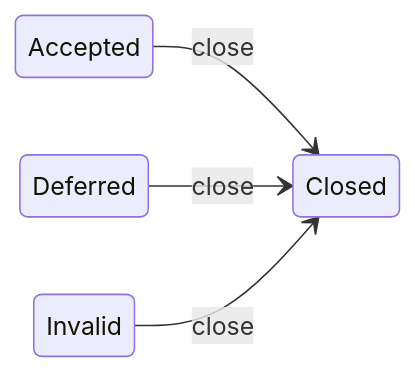
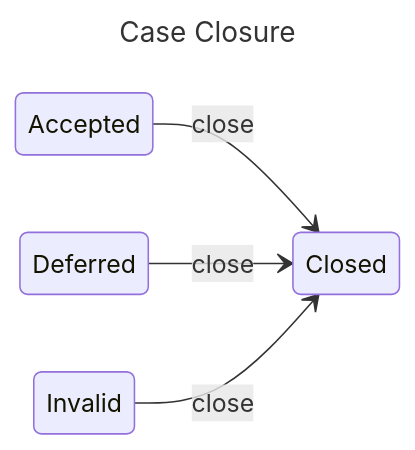
One commit to CERTCC/Vultron changed the fifth of 5 diagrams in docs/process_models/rm/index.md. Above: the diagram before and after it, drawn with Mermaid. The commit also changed other lines of this file and 4 other files, not shown here.

Commit message:
add some diagram titles

````diff
--- a/docs/process_models/rm/index.md
+++ b/docs/process_models/rm/index.md
@@ -501,7 +513,10 @@
 ```mermaid
+---
+title: Case Closure
+---
 stateDiagram-v2
     direction LR
     Accepted --> Closed: close
     Deferred --> Closed: close
     Invalid --> Closed: close
 ```
````
